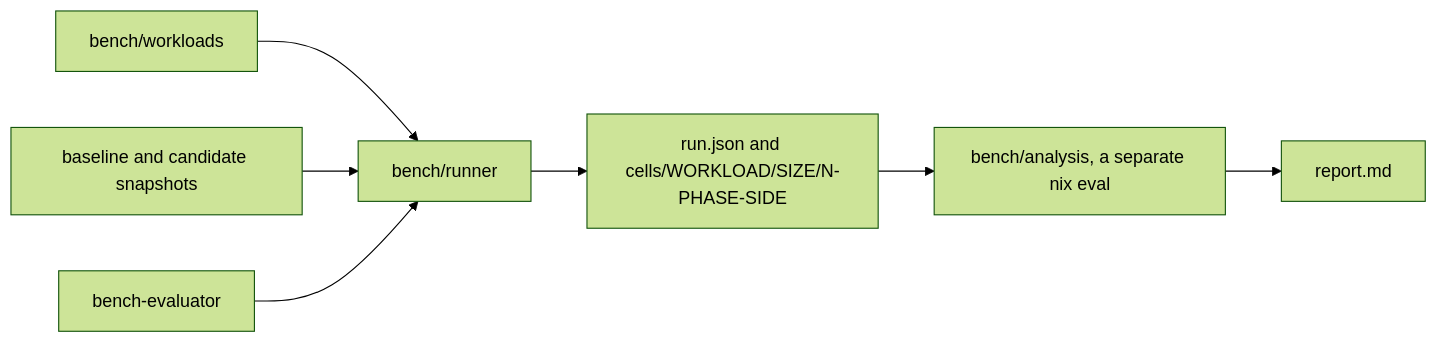
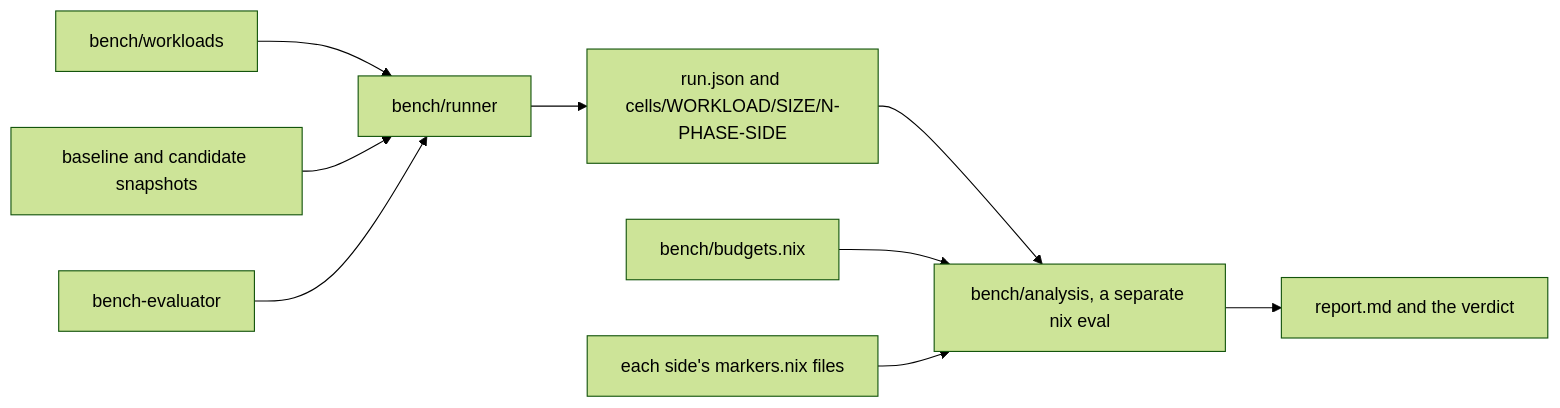
One commit to feltfomo/lexicon changed the diagram in bench/reference.md. Above: the diagram before and after it, drawn with Mermaid (forest theme). The commit also changed other lines of this file and 70 other files, not shown here.

````diff
--- a/bench/reference.md
+++ b/bench/reference.md
@@ -11,9 +13,11 @@
 ```mermaid
 graph LR
   W["bench/workloads"] --> R["bench/runner"]
   S["baseline and candidate snapshots"] --> R
   E["bench-evaluator"] --> R
   R --> D["run.json and cells/WORKLOAD/SIZE/N-PHASE-SIDE"]
   D --> A["bench/analysis, a separate nix eval"]
-  A --> M["report.md"]
+  B["bench/budgets.nix"] --> A
+  K["each side's markers.nix files"] --> A
+  A --> M["report.md and the verdict"]
 ```
````
